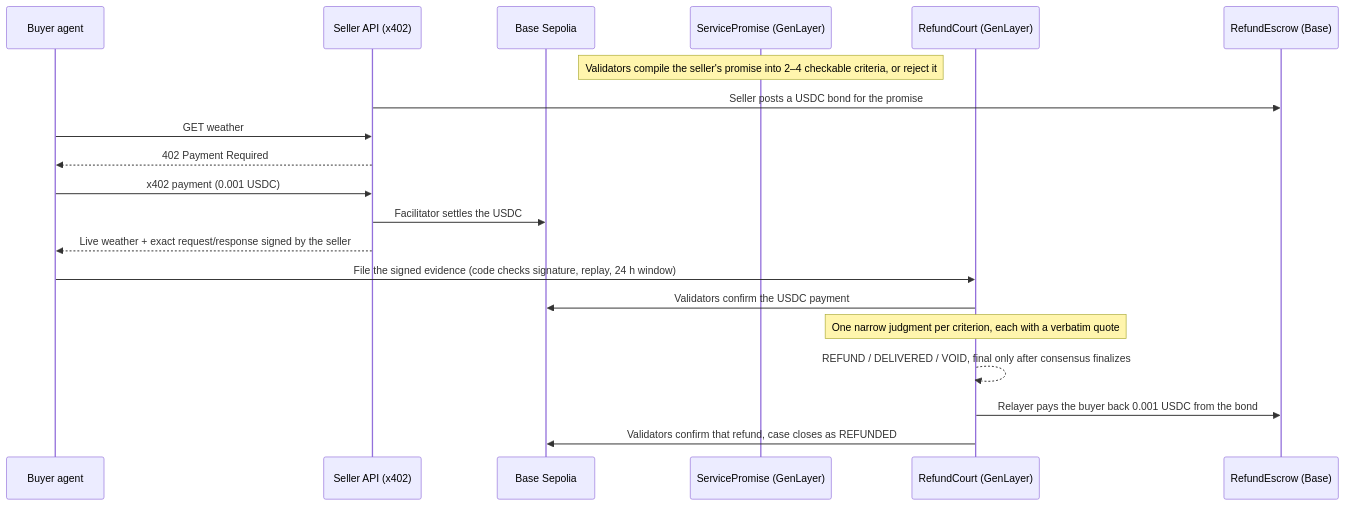
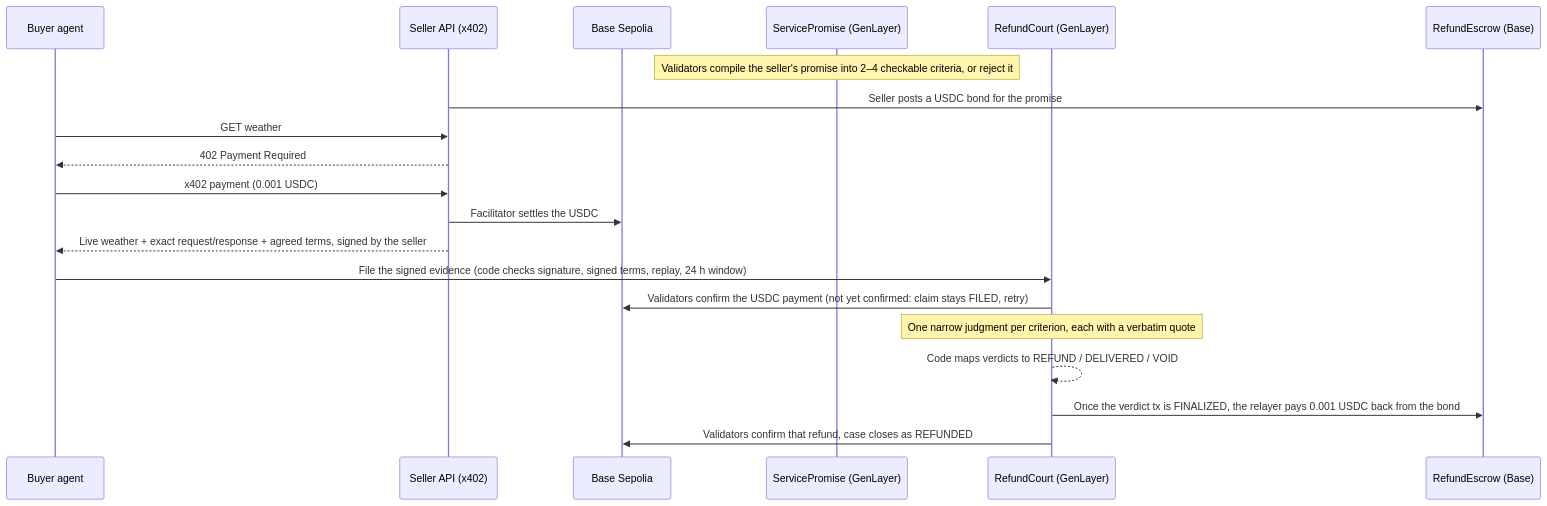
The diagram in README.md (Leokings/refund-court), drawn with Mermaid before and after one commit. The commit also changed other lines of this file and 75 other files, not shown here.

First line of the commit message:
Retryable payment checks and claims bound to signed terms (v2.1)

````diff
--- a/README.md
+++ b/README.md
@@ -13,22 +13,22 @@
 ```mermaid
 sequenceDiagram
     participant Buyer as Buyer agent
     participant API as Seller API (x402)
     participant Base as Base Sepolia
     participant Promise as ServicePromise (GenLayer)
     participant Court as RefundCourt (GenLayer)
     participant Escrow as RefundEscrow (Base)
     Note over Promise: Validators compile the seller's promise into 2–4 checkable criteria, or reject it
     API->>Escrow: Seller posts a USDC bond for the promise
     Buyer->>API: GET weather
     API-->>Buyer: 402 Payment Required
     Buyer->>API: x402 payment (0.001 USDC)
     API->>Base: Facilitator settles the USDC
-    API-->>Buyer: Live weather + exact request/response signed by the seller
-    Buyer->>Court: File the signed evidence (code checks signature, replay, 24 h window)
-    Court->>Base: Validators confirm the USDC payment
+    API-->>Buyer: Live weather + exact request/response + agreed terms, signed by the seller
+    Buyer->>Court: File the signed evidence (code checks signature, signed terms, replay, 24 h window)
+    Court->>Base: Validators confirm the USDC payment (not yet confirmed: claim stays FILED, retry)
     Note over Court: One narrow judgment per criterion, each with a verbatim quote
-    Court-->>Court: REFUND / DELIVERED / VOID, final only after consensus finalizes
-    Court->>Escrow: Relayer pays the buyer back 0.001 USDC from the bond
+    Court-->>Court: Code maps verdicts to REFUND / DELIVERED / VOID
+    Court->>Escrow: Once the verdict tx is FINALIZED, the relayer pays 0.001 USDC back from the bond
     Court->>Base: Validators confirm that refund, case closes as REFUNDED
 ```
````
